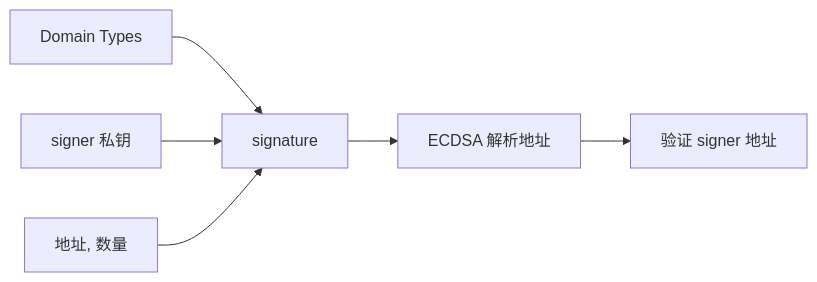
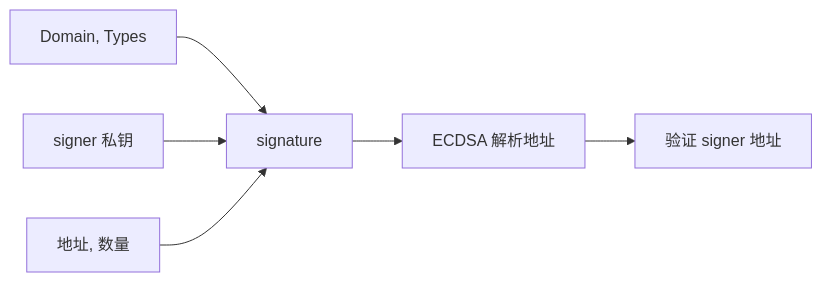
The second of 2 diagrams in Event/AirdropSign.md (33357/smartcontract-apps), drawn with Mermaid before and after one commit. The commit also changed other lines of this file, not shown here.

````diff
--- a/Event/AirdropSign.md
+++ b/Event/AirdropSign.md
@@ -58,8 +52,8 @@
 ```mermaid
 graph LR
-    D[Domain Types] --> Sig[signature]
+    D[Domain, Types] --> Sig[signature]
     S[signer 私钥] --> Sig
     P[地址, 数量] --> Sig
     Sig --> E[ECDSA 解析地址]
     E --> V[验证 signer 地址]
 ```
````
